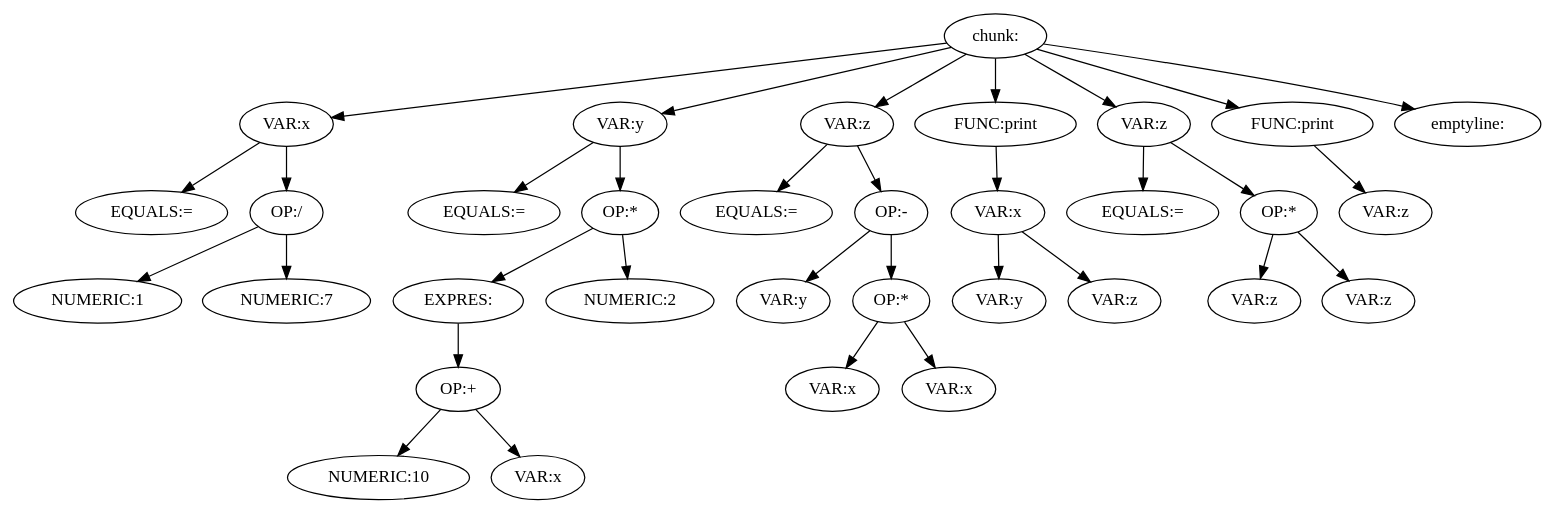
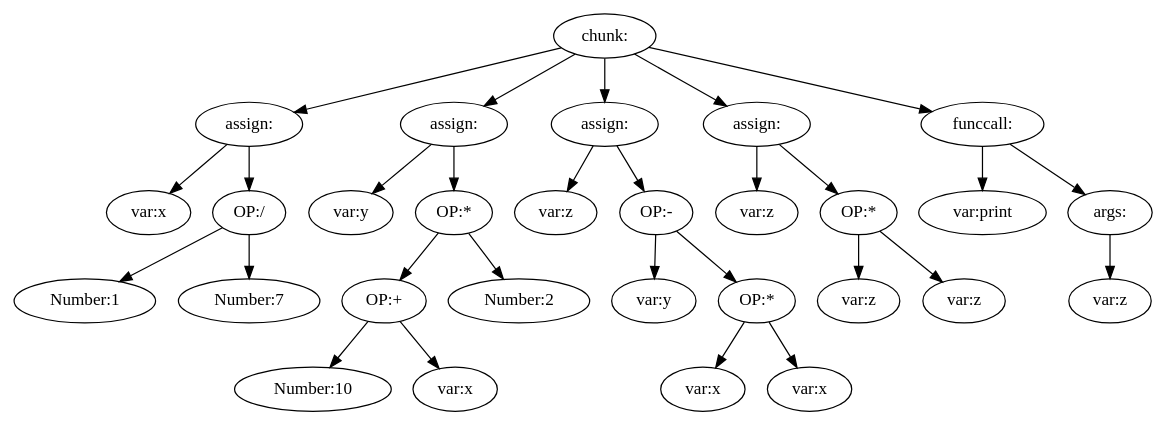
The diagram in output.dot (henriknero/DV1585ass1), drawn with Graphviz before and after one commit. The commit also changed 10 other files, not shown here.

```diff
--- a/output.dot
+++ b/output.dot
@@ -1,67 +1,59 @@
 digraph {
 5 [label="chunk:"];
-0 [label="VAR:x"];
-1 [label="EQUALS:="];
-0 -> 1;
-4 [label="OP:/"];
-2 [label="NUMERIC:1"];
-4 -> 2;
-3 [label="NUMERIC:7"];
+4 [label="assign:"];
+0 [label="var:x"];
+4 -> 0;
+3 [label="OP:/"];
+1 [label="Number:1"];
+3 -> 1;
+2 [label="Number:7"];
+3 -> 2;
 4 -> 3;
-0 -> 4;
-5 -> 0;
-6 [label="VAR:y"];
-7 [label="EQUALS:="];
-6 -> 7;
-13 [label="OP:*"];
-11 [label="EXPRES:"];
-10 [label="OP:+"];
-8 [label="NUMERIC:10"];
-10 -> 8;
-9 [label="VAR:x"];
-10 -> 9;
+5 -> 4;
+12 [label="assign:"];
+6 [label="var:y"];
+12 -> 6;
+11 [label="OP:*"];
+9 [label="OP:+"];
+7 [label="Number:10"];
+9 -> 7;
+8 [label="var:x"];
+9 -> 8;
+11 -> 9;
+10 [label="Number:2"];
 11 -> 10;
-13 -> 11;
-12 [label="NUMERIC:2"];
-13 -> 12;
-6 -> 13;
-5 -> 6;
-14 [label="VAR:z"];
-15 [label="EQUALS:="];
-14 -> 15;
-20 [label="OP:-"];
-16 [label="VAR:y"];
-20 -> 16;
-19 [label="OP:*"];
-17 [label="VAR:x"];
-19 -> 17;
-18 [label="VAR:x"];
+12 -> 11;
+5 -> 12;
+19 [label="assign:"];
+13 [label="var:z"];
+19 -> 13;
+18 [label="OP:-"];
+14 [label="var:y"];
+18 -> 14;
+17 [label="OP:*"];
+15 [label="var:x"];
+17 -> 15;
+16 [label="var:x"];
+17 -> 16;
+18 -> 17;
 19 -> 18;
-20 -> 19;
-14 -> 20;
-5 -> 14;
-24 [label="FUNC:print"];
-21 [label="VAR:x"];
-22 [label="VAR:y"];
-21 -> 22;
-23 [label="VAR:z"];
-21 -> 23;
-24 -> 21;
+5 -> 19;
+24 [label="assign:"];
+20 [label="var:z"];
+24 -> 20;
+23 [label="OP:*"];
+21 [label="var:z"];
+23 -> 21;
+22 [label="var:z"];
+23 -> 22;
+24 -> 23;
 5 -> 24;
-25 [label="VAR:z"];
-26 [label="EQUALS:="];
-25 -> 26;
-29 [label="OP:*"];
-27 [label="VAR:z"];
-29 -> 27;
-28 [label="VAR:z"];
-29 -> 28;
-25 -> 29;
-5 -> 25;
-31 [label="FUNC:print"];
-30 [label="VAR:z"];
-31 -> 30;
-5 -> 31;
-32 [label="emptyline:"];
-5 -> 32;
+28 [label="funccall:"];
+25 [label="var:print"];
+28 -> 25;
+27 [label="args:"];
+26 [label="var:z"];
+27 -> 26;
+28 -> 27;
+5 -> 28;
 }
```
